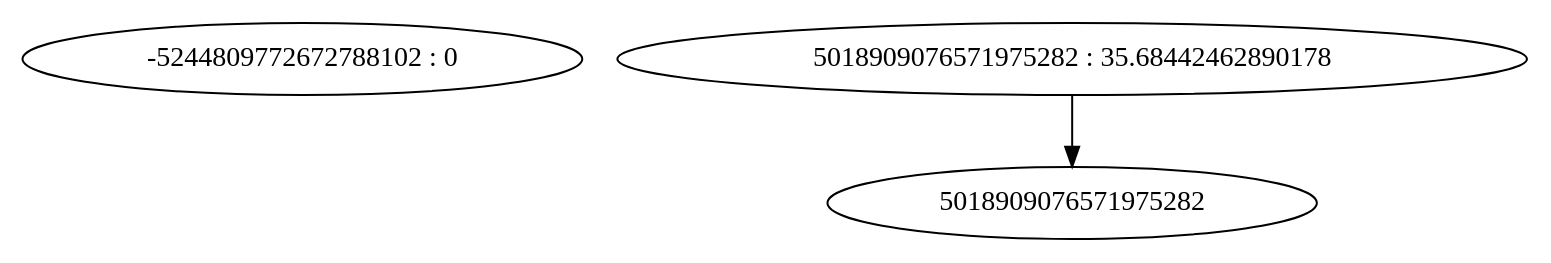
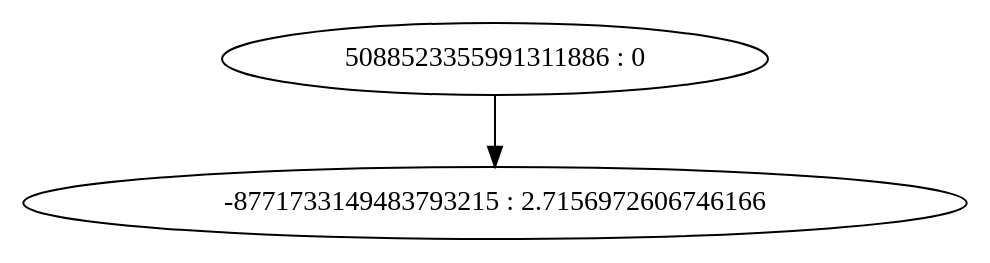
Before and after one commit to aka2910/P2P-currency-simulator: the diagram in plots/tree_10.dot.gv, drawn with Graphviz. The commit also changed 101 other files, not shown here.

```diff
--- a/plots/tree_10.dot.gv
+++ b/plots/tree_10.dot.gv
@@ -1,5 +1,5 @@
 digraph "plots/tree_10.dot" {
-	0 [label="-5244809772672788102 : 0"]
-	1 [label="5018909076571975282 : 35.68442462890178"]
-	1 -> 5018909076571975282
+	0 [label="5088523355991311886 : 0"]
+	1 [label="-8771733149483793215 : 2.7156972606746166"]
+	0 -> 1
 }
```
